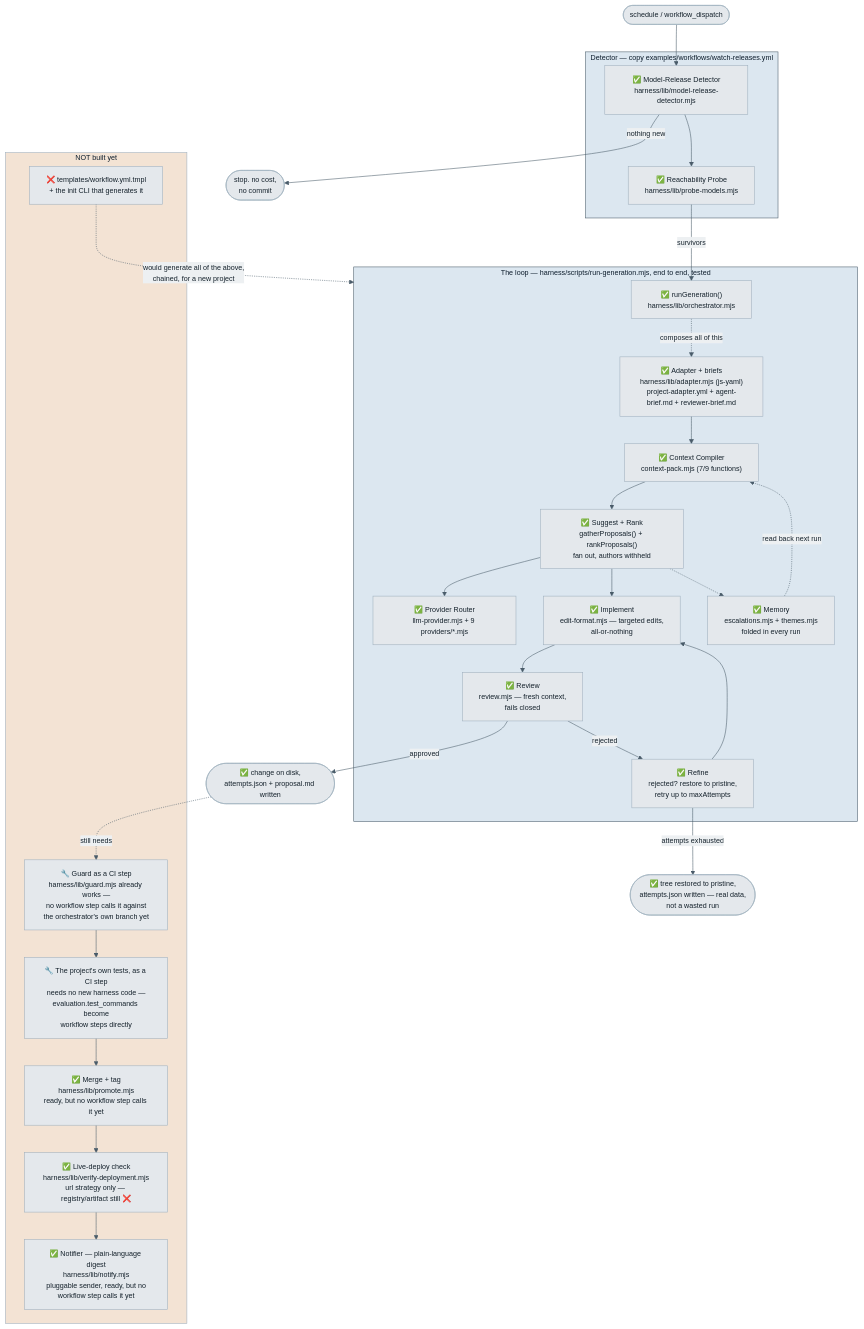
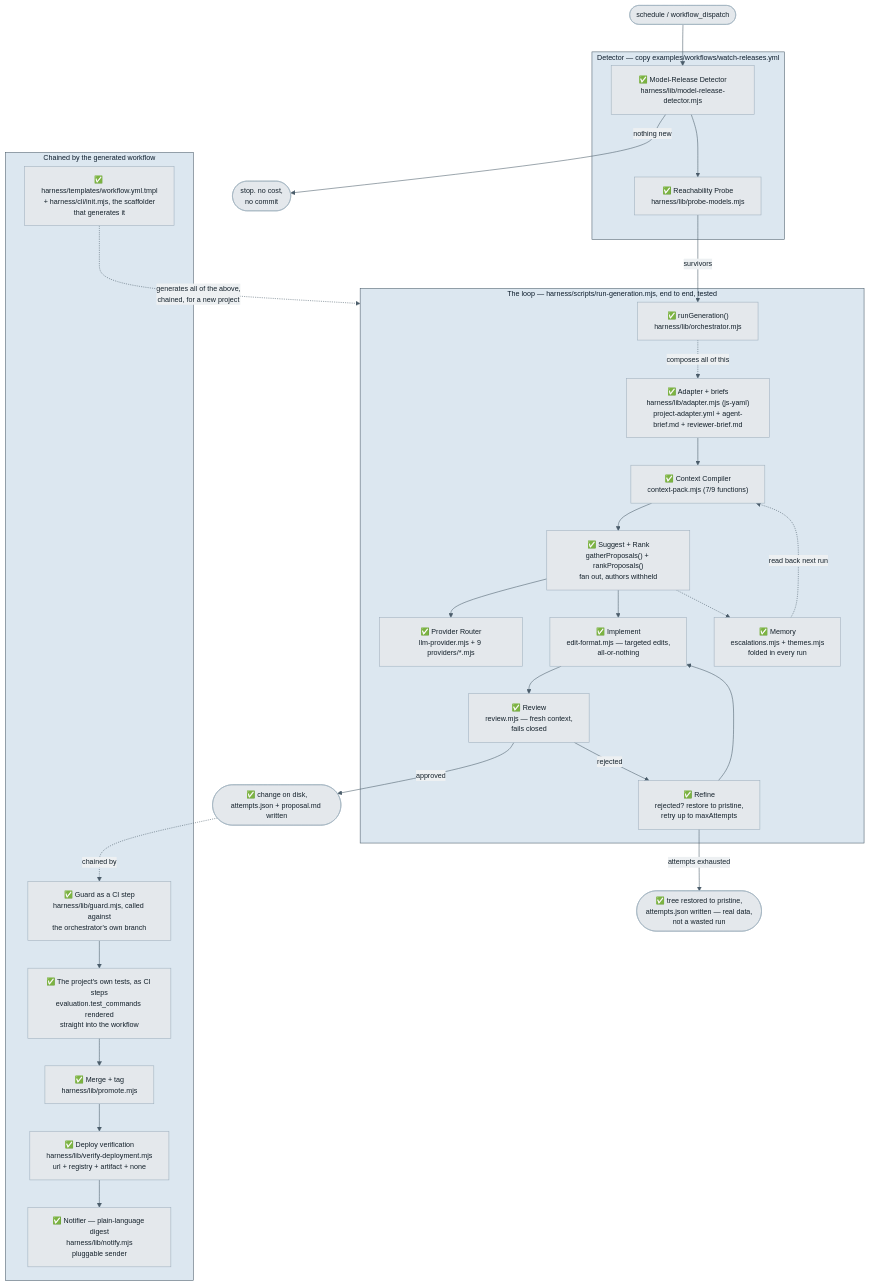
Before and after one commit to Chrisfoz/self-optimisation: the first of 2 diagrams in ARCHITECTURE.md, drawn with Mermaid. The commit also changed other lines of this file and 12 other files, not shown here.

First line of the commit message:
Port the registry/artifact verify strategies, and the workflow template + init CLI

````diff
--- a/ARCHITECTURE.md
+++ b/ARCHITECTURE.md
@@ -28,54 +30,54 @@
 ```mermaid
 %%{init: {"theme":"base","themeVariables":{"fontSize":"13px","primaryColor":"#E4E8EC","primaryTextColor":"#14212B","primaryBorderColor":"#9FB0BE","lineColor":"#4A5C6A","secondaryColor":"#DCE7F0","tertiaryColor":"#F3E3D4","clusterBkg":"#F6F8F9","clusterBorder":"#9FB0BE","edgeLabelBackground":"#EDF0F2","textColor":"#14212B"}}}%%
 flowchart TD
   cron(["schedule / workflow_dispatch"]) --> detector
 
   subgraph detect["Detector — copy examples/workflows/watch-releases.yml"]
     detector["✅ Model-Release Detector<br/>harness/lib/model-release-detector.mjs"]
     probe["✅ Reachability Probe<br/>harness/lib/probe-models.mjs"]
     detector --> probe
   end
 
   detector -->|"nothing new"| idle(["stop. no cost,<br/>no commit"])
   probe -->|"survivors"| rungen
 
   subgraph loop["The loop — harness/scripts/run-generation.mjs, end to end, tested"]
     adapter["✅ Adapter + briefs<br/>harness/lib/adapter.mjs (js-yaml)<br/>project-adapter.yml + agent-brief.md + reviewer-brief.md"]
     rungen["✅ runGeneration()<br/>harness/lib/orchestrator.mjs"]
     router["✅ Provider Router<br/>llm-provider.mjs + 9 providers/*.mjs"]
     context["✅ Context Compiler<br/>context-pack.mjs (7/9 functions)"]
     propose["✅ Suggest + Rank<br/>gatherProposals() + rankProposals()<br/>fan out, authors withheld"]
     executor["✅ Implement<br/>edit-format.mjs — targeted edits,<br/>all-or-nothing"]
     reviewer["✅ Review<br/>review.mjs — fresh context,<br/>fails closed"]
     refine["✅ Refine<br/>rejected? restore to pristine,<br/>retry up to maxAttempts"]
     memory["✅ Memory<br/>escalations.mjs + themes.mjs<br/>folded in every run"]
 
     adapter --> context --> propose
     propose --> router
     propose --> executor --> reviewer
     reviewer -->|"rejected"| refine --> executor
     propose -.-> memory
     memory -.->|"read back next run"| context
   end
 
   rungen -.->|"composes all of this"| adapter
 
   reviewer -->|"approved"| approved(["✅ change on disk,<br/>attempts.json + proposal.md written"])
   refine -->|"attempts exhausted"| abandoned(["✅ tree restored to pristine,<br/>attempts.json written — real data,<br/>not a wasted run"])
 
-  subgraph missing["NOT built yet"]
-    guardstep["🔧 Guard as a CI step<br/>harness/lib/guard.mjs already works —<br/>no workflow step calls it against<br/>the orchestrator's own branch yet"]
-    teststep["🔧 The project's own tests, as a CI step<br/>needs no new harness code —<br/>evaluation.test_commands become<br/>workflow steps directly"]
-    promote["✅ Merge + tag<br/>harness/lib/promote.mjs<br/>ready, but no workflow step calls it yet"]
-    verify["✅ Live-deploy check<br/>harness/lib/verify-deployment.mjs<br/>url strategy only — registry/artifact still ❌"]
-    notify["✅ Notifier — plain-language digest<br/>harness/lib/notify.mjs<br/>pluggable sender, ready, but no<br/>workflow step calls it yet"]
-    workflow["❌ templates/workflow.yml.tmpl<br/>+ the init CLI that generates it"]
+  subgraph wired["Chained by the generated workflow"]
+    guardstep["✅ Guard as a CI step<br/>harness/lib/guard.mjs, called against<br/>the orchestrator's own branch"]
+    teststep["✅ The project's own tests, as CI steps<br/>evaluation.test_commands rendered<br/>straight into the workflow"]
+    promote["✅ Merge + tag<br/>harness/lib/promote.mjs"]
+    verify["✅ Deploy verification<br/>harness/lib/verify-deployment.mjs<br/>url + registry + artifact + none"]
+    notify["✅ Notifier — plain-language digest<br/>harness/lib/notify.mjs<br/>pluggable sender"]
+    workflow["✅ harness/templates/workflow.yml.tmpl<br/>+ harness/cli/init.mjs, the scaffolder<br/>that generates it"]
   end
 
-  approved -.->|"still needs"| guardstep --> teststep --> promote --> verify --> notify
-  workflow -.->|"would generate all of the above,<br/>chained, for a new project"| loop
+  approved -.->|"chained by"| guardstep --> teststep --> promote --> verify --> notify
+  workflow -.->|"generates all of the above,<br/>chained, for a new project"| loop
 
   style detect fill:#DCE7F0,stroke:#4A5C6A
   style loop fill:#DCE7F0,stroke:#4A5C6A
-  style missing fill:#F3E3D4,stroke:#9FB0BE
+  style wired fill:#DCE7F0,stroke:#4A5C6A
 ```
````
